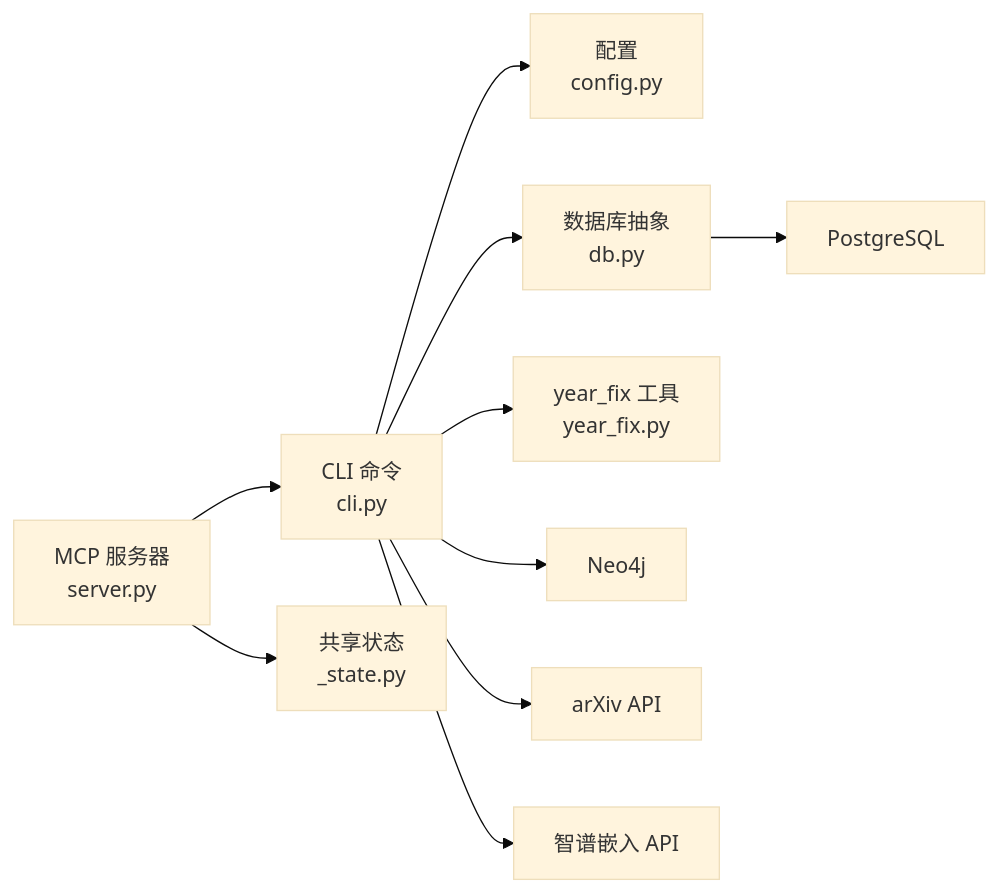
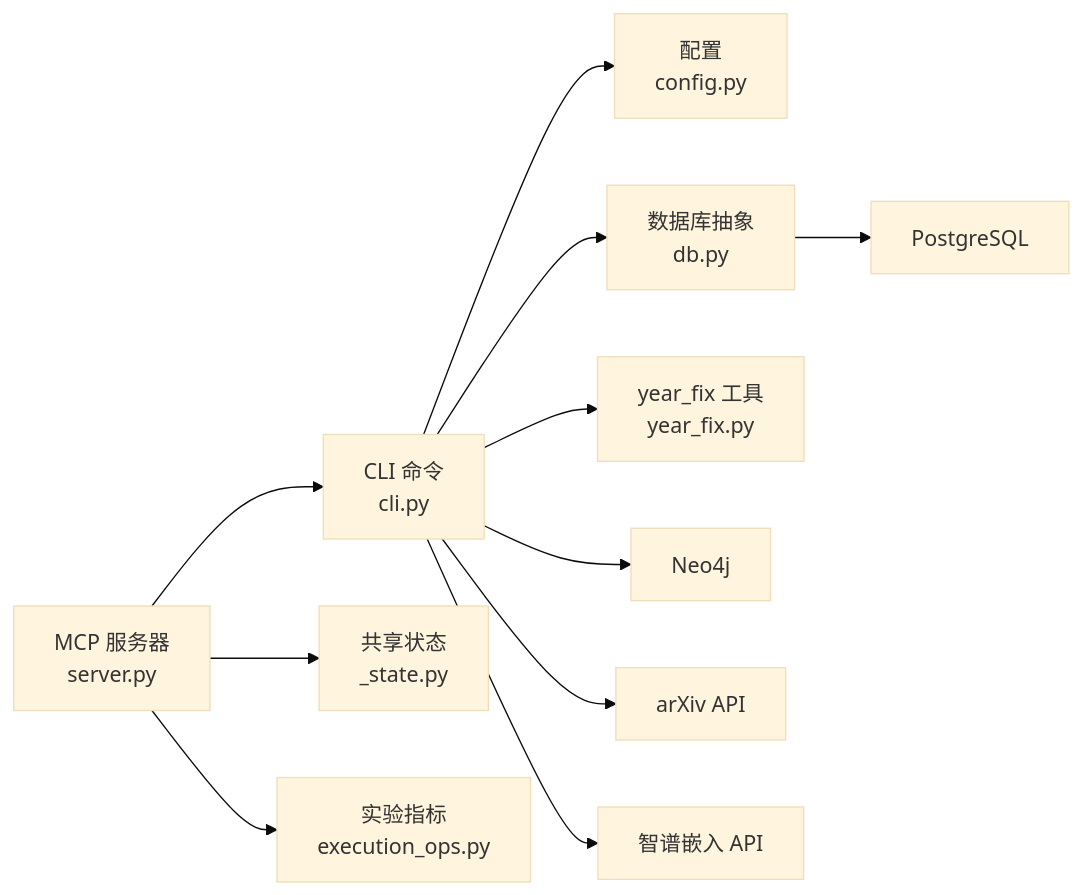
The sixth of 6 diagrams in .qoder/repowiki/zh/content/API参考文档/MCP工具API.md (1173591564/academic-based-qoder), drawn with Mermaid (base theme) before and after one commit. The commit also changed other lines of this file and 37 other files, not shown here.

````diff
--- a/.qoder/repowiki/zh/content/API参考文档/MCP工具API.md
+++ b/.qoder/repowiki/zh/content/API参考文档/MCP工具API.md
@@ -382,12 +445,13 @@
 ```mermaid
 graph LR
 MCP["MCP 服务器<br/>server.py"] --> CLI["CLI 命令<br/>cli.py"]
 MCP --> State["共享状态<br/>_state.py"]
+MCP --> ExecOps["实验指标<br/>execution_ops.py"]
 CLI --> CFG["配置<br/>config.py"]
 CLI --> DB["数据库抽象<br/>db.py"]
 CLI --> YearFix["year_fix 工具<br/>year_fix.py"]
 DB --> PG["PostgreSQL"]
 CLI --> Neo4j["Neo4j"]
 CLI --> Arxiv["arXiv API"]
 CLI --> Zhipu["智谱嵌入 API"]
 ```
````
